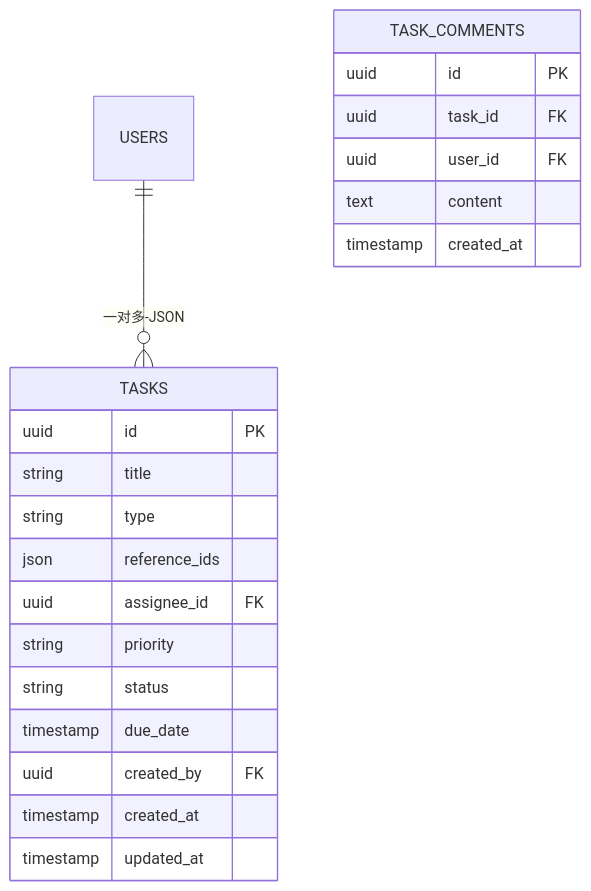
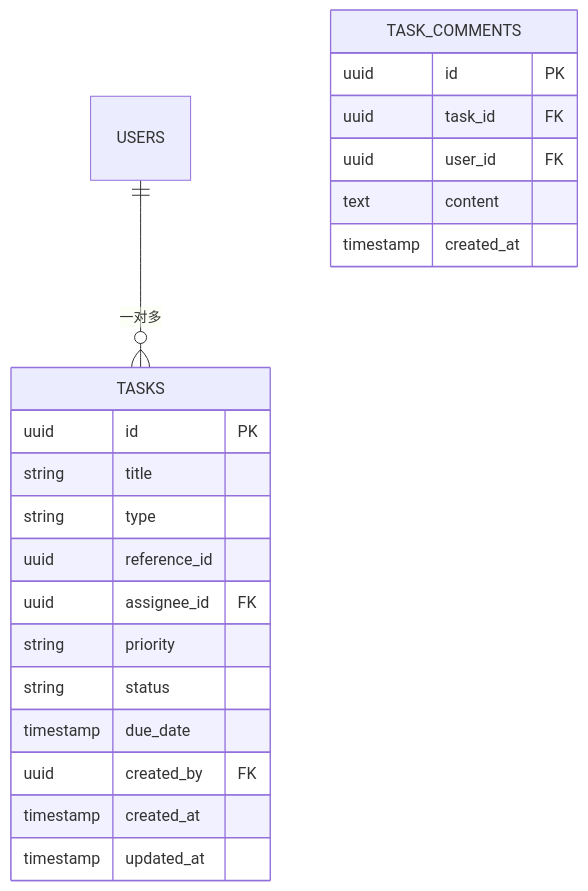
One commit to dayutech/Vuln-Audit-Lifecycle-Management changed the sixth of 12 diagrams in docs/design/er_diagram.md. Above: the diagram before and after it, drawn with Mermaid. The commit also changed other lines of this file and 11 other files, not shown here.

````diff
--- a/docs/design/er_diagram.md
+++ b/docs/design/er_diagram.md
@@ -401,26 +400,26 @@
 ```mermaid
 erDiagram
-    USERS ||--o{ TASKS : "一对多-JSON"
+    USERS ||--o{ TASKS : "一对多"
     
     TASKS {
         uuid id PK
         string title
         string type
-        json reference_ids
+        uuid reference_id
         uuid assignee_id FK
         string priority
         string status
         timestamp due_date
         uuid created_by FK
         timestamp created_at
         timestamp updated_at
     }
     
     TASK_COMMENTS {
         uuid id PK
         uuid task_id FK
         uuid user_id FK
         text content
         timestamp created_at
     }
 ```
````
